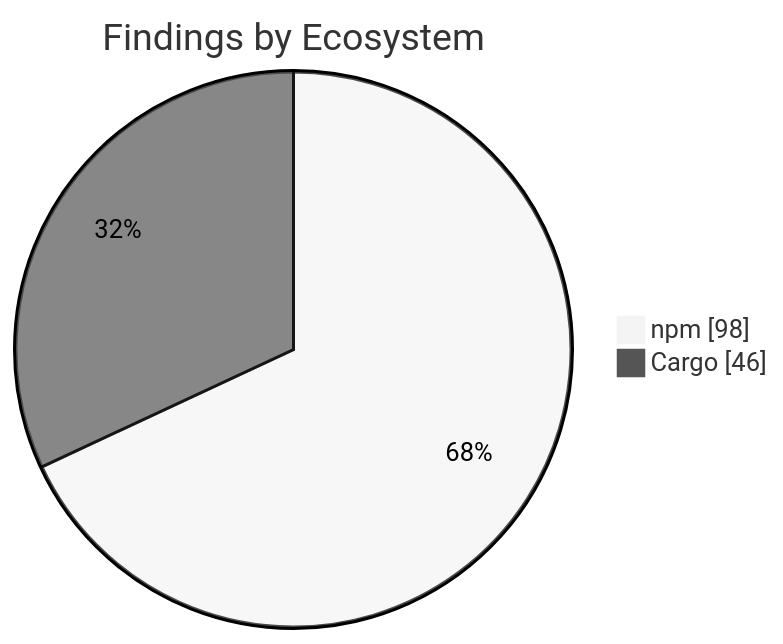
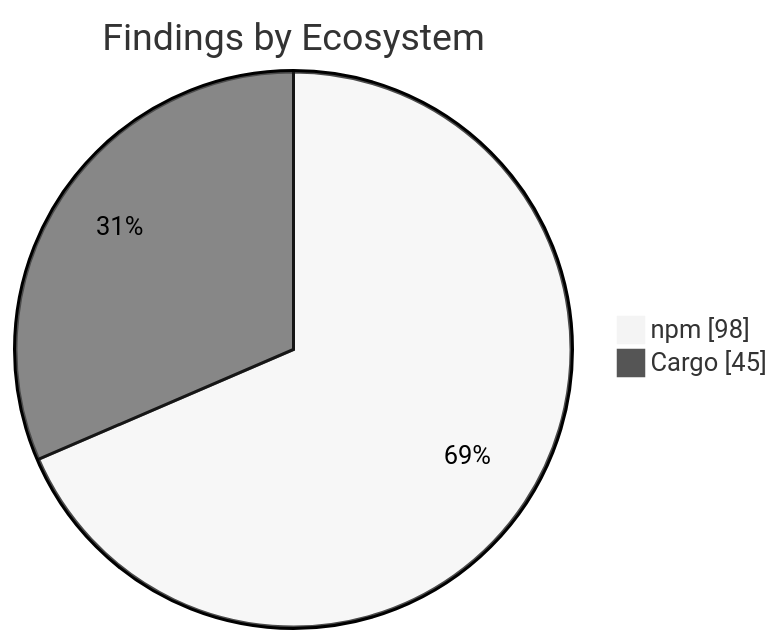
The second of 2 diagrams in apps/kbve/astro-kbve/src/content/docs/dashboard/security.mdx (KBVE/kbve), drawn with Mermaid (neutral theme) before and after one commit. The commit also changed other lines of this file and 1 other file, not shown here.

````diff
--- a/apps/kbve/astro-kbve/src/content/docs/dashboard/security.mdx
+++ b/apps/kbve/astro-kbve/src/content/docs/dashboard/security.mdx
@@ -159,6 +159,6 @@
 ```mermaid
 pie showData
     title Findings by Ecosystem
     "npm" : 98
-    "Cargo" : 46
+    "Cargo" : 45
 ```
````
